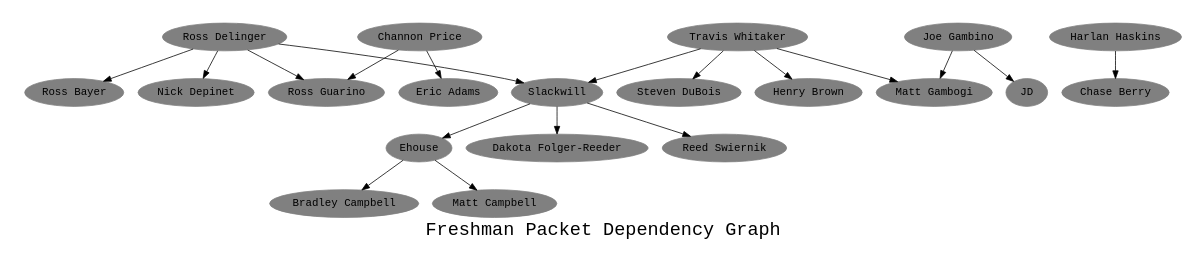
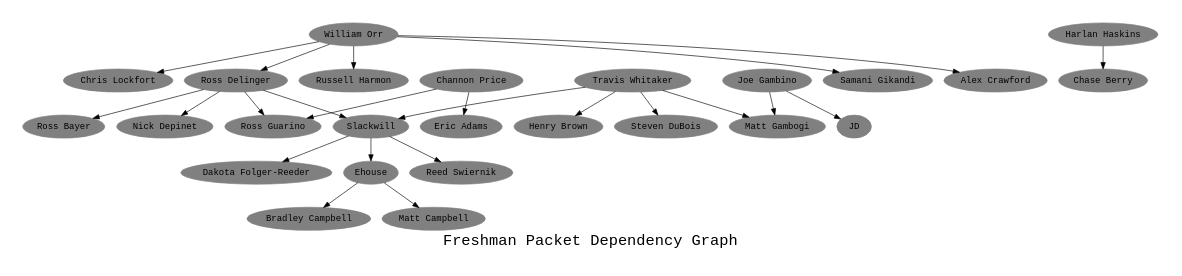
Before and after one commit to robgssp/CSHDigraph: the diagram in dep.gv, drawn with Graphviz.

Commit message:
Added myself and sorted columns

```diff
--- a/dep.gv
+++ b/dep.gv
@@ -1,50 +1,60 @@
 digraph "Packet Dependencies" {
 	graph [ fontname = "Monospace",
 		fontsize = 24,
 		label = "Freshman Packet Dependency Graph",
 		size = "6,6" ];
 	node [	shape = oval,
 		color = grey,
 		style = filled,
 		fontname = "Monospace" ];
 
+	"Alex Crawford";
 	"Bradley Campbell";
 	"Channon Price";
+	"Chase Berry";
+	"Chris Lockfort";
 	"Dakota Folger-Reeder";
 	"Ehouse";
 	"Eric Adams";
+	"Harlan Haskins";
 	"Henry Brown";
 	"JD";
 	"Joe Gambino";
 	"Matt Campbell";
 	"Matt Gambogi";
 	"Nick Depinet";
 	"Reed Swiernik";
 	"Ross Bayer";
 	"Ross Delinger";
 	"Ross Guarino";
+	"Russell Harmon";
+	"Samani Gikandi";
 	"Slackwill";
 	"Steven DuBois"
 	"Travis Whitaker";
-	"Chase Berry";
-	"Harlan Haskins";
+	"William Orr";
 
 	"Channon Price" -> "Eric Adams";
 	"Channon Price" -> "Ross Guarino";
 	"Ehouse" -> "Bradley Campbell";
 	"Ehouse" -> "Matt Campbell";
+	"Harlan Haskins" -> "Chase Berry";
 	"Joe Gambino" -> "JD";
 	"Joe Gambino" -> "Matt Gambogi";
 	"Ross Delinger" -> "Nick Depinet";
 	"Ross Delinger" -> "Ross Bayer";
 	"Ross Delinger" -> "Ross Guarino";
 	"Ross Delinger" -> "Slackwill";
 	"Slackwill" -> "Dakota Folger-Reeder";
 	"Slackwill" -> "Ehouse";
 	"Slackwill" -> "Reed Swiernik";
+	"Travis Whitaker" -> "Henry Brown";
 	"Travis Whitaker" -> "Matt Gambogi";
+	"Travis Whitaker" -> "Slackwill";
 	"Travis Whitaker" -> "Steven DuBois";
-	"Travis Whitaker" -> "Henry Brown";
-	"Travis Whitaker" -> "Slackwill";
-	"Harlan Haskins" -> "Chase Berry";
+	"William Orr" -> "Alex Crawford";
+	"William Orr" -> "Chris Lockfort";
+	"William Orr" -> "Ross Delinger";
+	"William Orr" -> "Russell Harmon";
+	"William Orr" -> "Samani Gikandi";
 }
```
